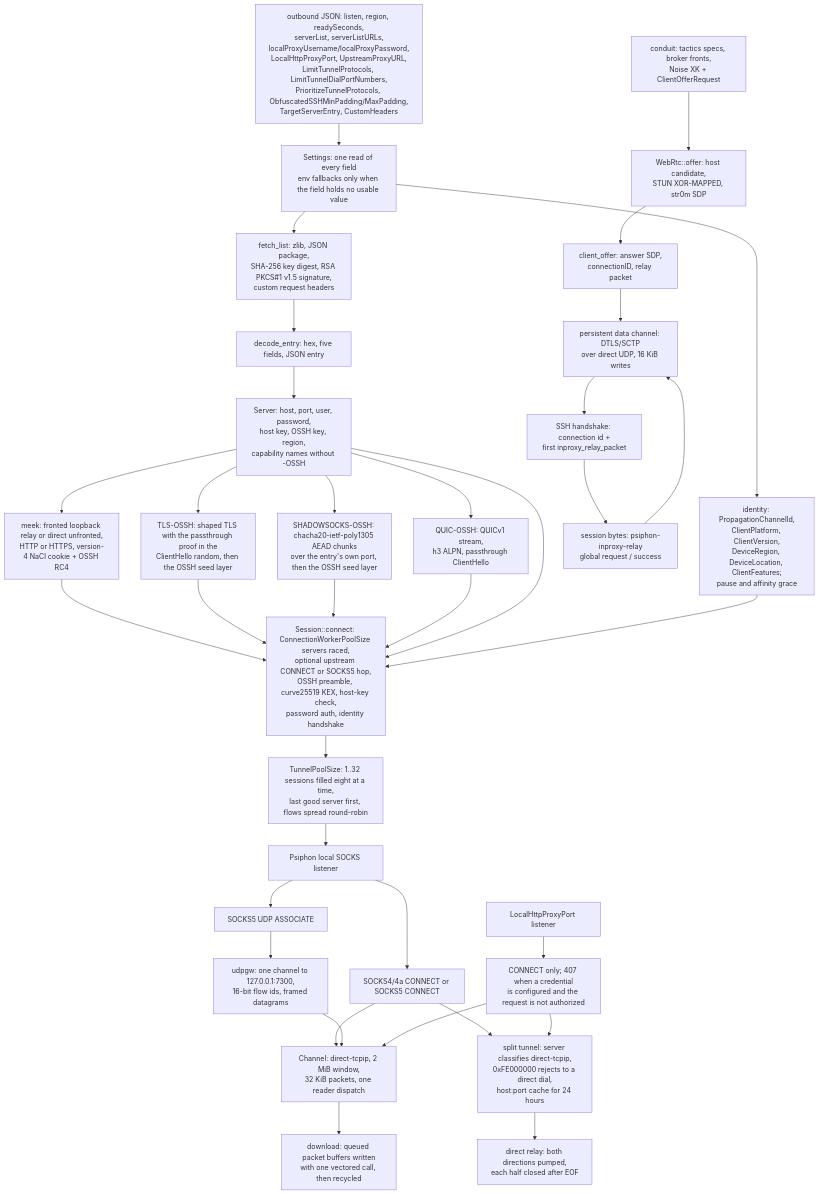
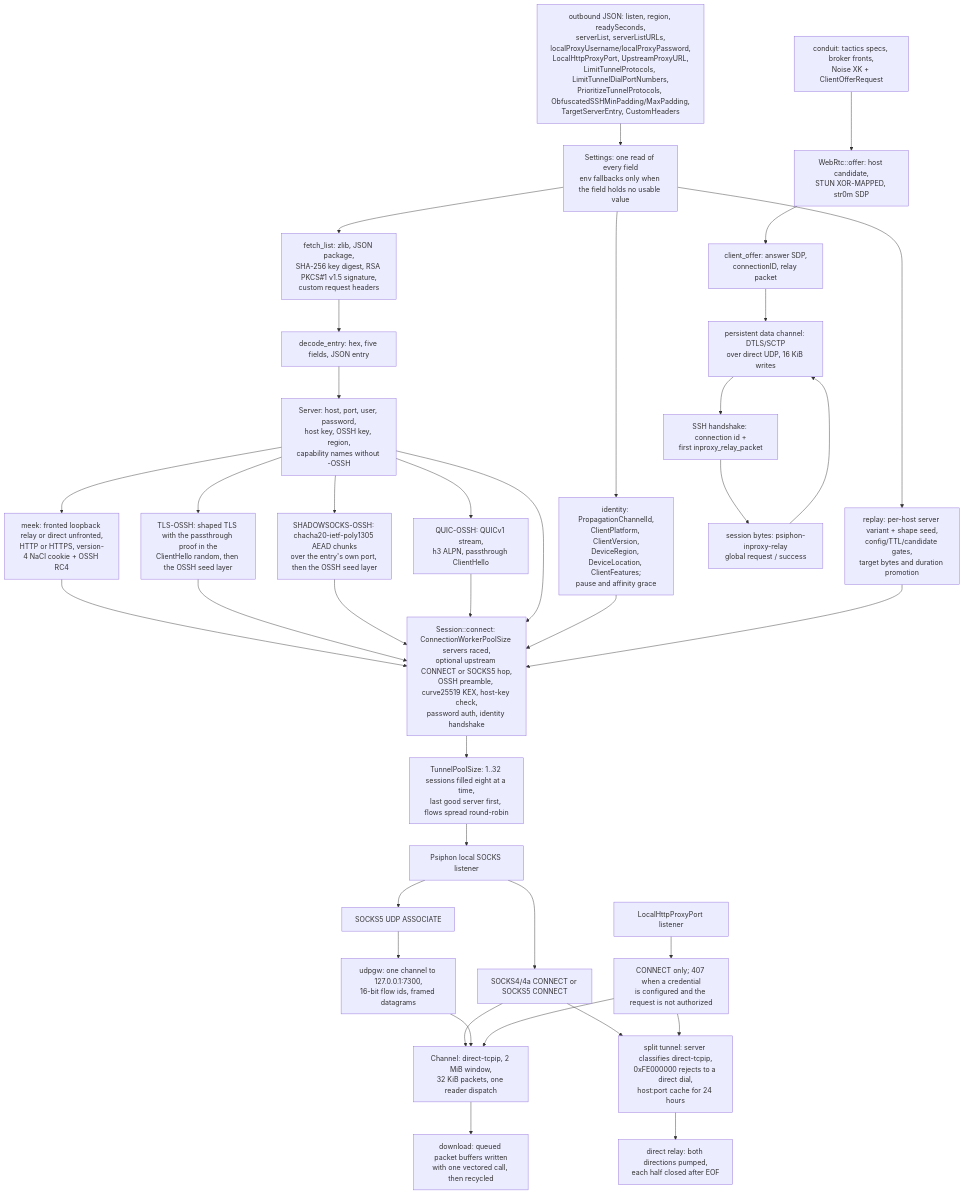
The diagram in docs/function/carrier-psiphon.md (Ferrocite/ferrox), drawn with Mermaid before and after one commit. The commit also changed other lines of this file and 11 other files, not shown here.

````diff
--- a/docs/function/carrier-psiphon.md
+++ b/docs/function/carrier-psiphon.md
@@ -9,37 +11,39 @@
 ```mermaid
 graph TD
     A["outbound JSON: listen, region, readySeconds,<br/>serverList, serverListURLs,<br/>localProxyUsername/localProxyPassword,<br/>LocalHttpProxyPort, UpstreamProxyURL,<br/>LimitTunnelProtocols, LimitTunnelDialPortNumbers,<br/>PrioritizeTunnelProtocols, ObfuscatedSSHMinPadding/MaxPadding,<br/>TargetServerEntry, CustomHeaders"] --> B["Settings: one read of every field<br/>env fallbacks only when the field holds no usable value"]
     B --> C["fetch_list: zlib, JSON package,<br/>SHA-256 key digest, RSA PKCS#1 v1.5 signature,<br/>custom request headers"]
     B --> B2["identity: PropagationChannelId,<br/>ClientPlatform, ClientVersion,<br/>DeviceRegion, DeviceLocation, ClientFeatures;<br/>pause and affinity grace"]
+    B --> B3["replay: per-host server variant + shape seed,<br/>config/TTL/candidate gates,<br/>target bytes and duration promotion"]
     C --> D["decode_entry: hex, five fields, JSON entry"]
     D --> E["Server: host, port, user, password,<br/>host key, OSSH key, region,<br/>capability names without -OSSH"]
     E --> E2["meek: fronted loopback relay or direct unfronted,<br/>HTTP or HTTPS, version-4 NaCl cookie + OSSH RC4"]
     E --> E3["TLS-OSSH: shaped TLS with the passthrough proof in the<br/>ClientHello random, then the OSSH seed layer"]
     E --> E4["SHADOWSOCKS-OSSH: chacha20-ietf-poly1305 AEAD chunks<br/>over the entry's own port, then the OSSH seed layer"]
     E2 --> F
     E3 --> F
     E4 --> F
     E --> E5["QUIC-OSSH: QUICv1 stream,<br/>h3 ALPN, passthrough ClientHello"]
     E5 --> F
     E --> F["Session::connect: ConnectionWorkerPoolSize servers raced,<br/>optional upstream CONNECT or SOCKS5 hop,<br/>OSSH preamble, curve25519 KEX, host-key check,<br/>password auth, identity handshake"]
     B2 --> F
+    B3 --> F
     F --> P["TunnelPoolSize: 1..32 sessions filled eight at a time,<br/>last good server first, flows spread round-robin"]
     P --> G["Psiphon local SOCKS listener"]
     G --> H["SOCKS4/4a CONNECT or SOCKS5 CONNECT"]
     H --> I["Channel: direct-tcpip, 2 MiB window,<br/>32 KiB packets, one reader dispatch"]
     H --> I2["split tunnel: server classifies direct-tcpip,<br/>0xFE000000 rejects to a direct dial,<br/>host:port cache for 24 hours"]
     I --> Z["download: queued packet buffers written<br/>with one vectored call, then recycled"]
     I2 --> Z2["direct relay: both directions pumped,<br/>each half closed after EOF"]
     G --> J["SOCKS5 UDP ASSOCIATE"]
     J --> K["udpgw: one channel to 127.0.0.1:7300,<br/>16-bit flow ids, framed datagrams"]
     K --> I
     L["LocalHttpProxyPort listener"] --> M["CONNECT only; 407 when a credential<br/>is configured and the request is not authorized"]
     M --> I
     M --> I2
     N["conduit: tactics specs, broker fronts,<br/>Noise XK + ClientOfferRequest"] --> O["WebRtc::offer: host candidate,<br/>STUN XOR-MAPPED, str0m SDP"]
     O --> Q["client_offer: answer SDP,<br/>connectionID, relay packet"]
     Q --> R["persistent data channel: DTLS/SCTP<br/>over direct UDP, 16 KiB writes"]
     R --> S["SSH handshake: connection id +<br/>first inproxy_relay_packet"]
     S --> T["session bytes: psiphon-inproxy-relay<br/>global request / success"]
     T --> R
 ```
````
